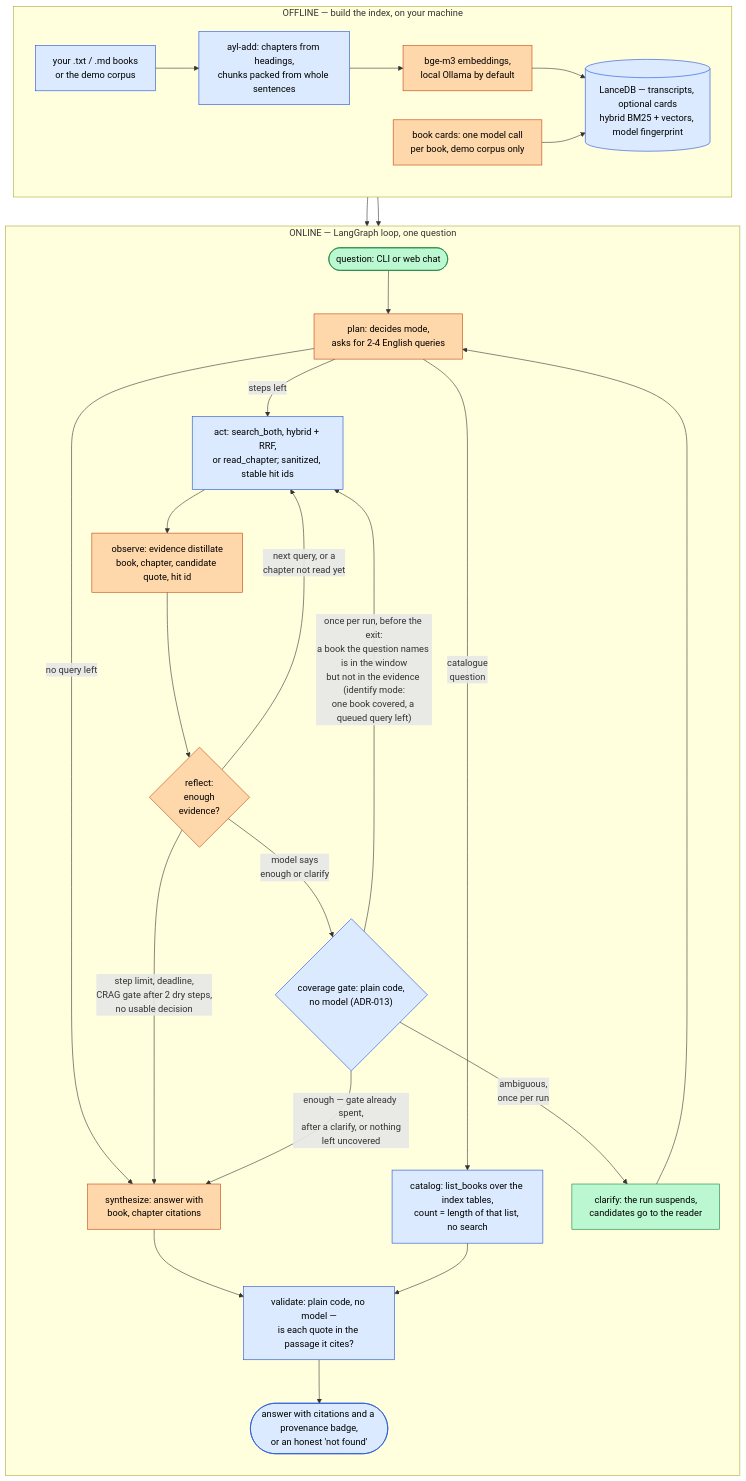
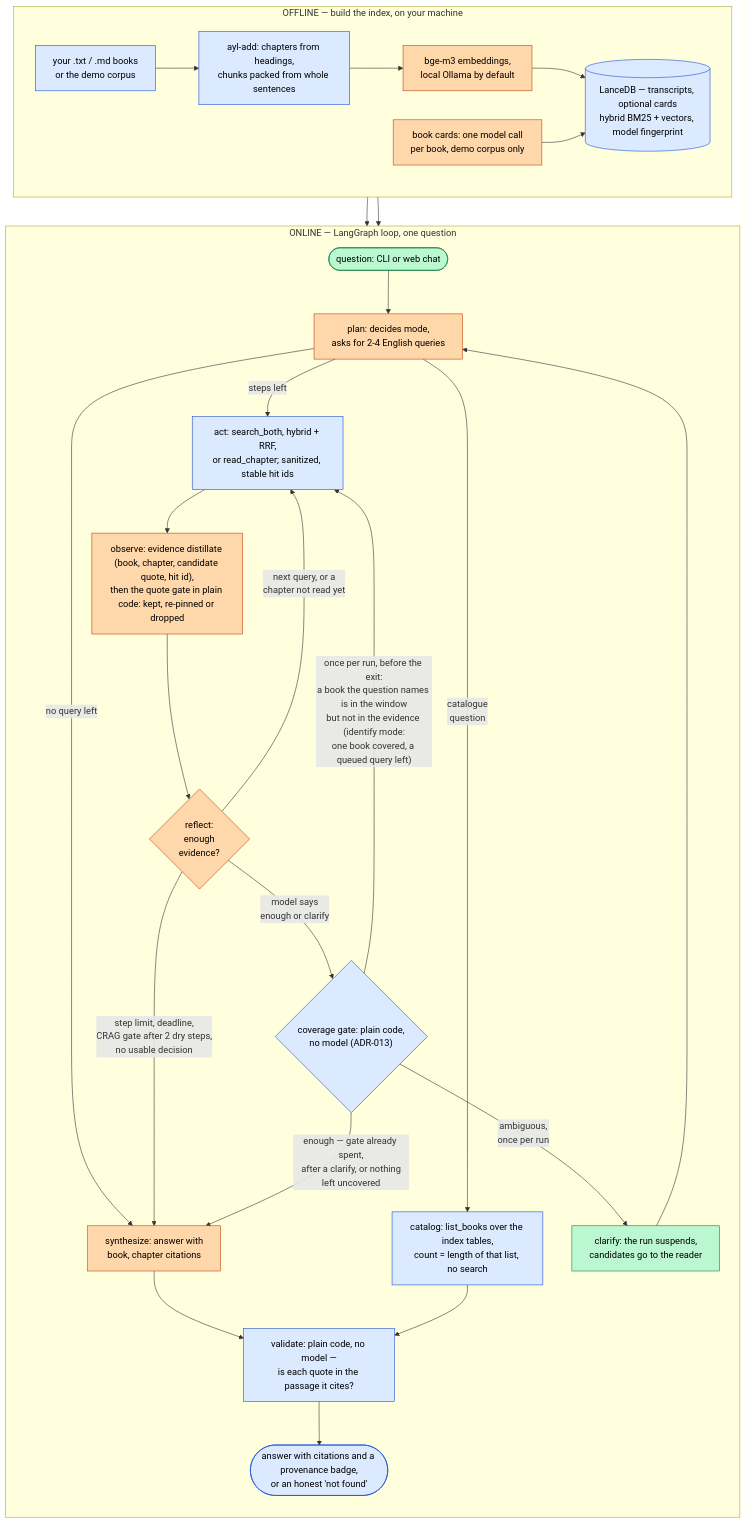
One commit to ievgen-borysenko/ask-your-library changed the first of 2 diagrams in docs/architecture.md. Above: the diagram before and after it, drawn with Mermaid. The commit also changed other lines of this file and 1 other file, not shown here.

````diff
--- a/docs/architecture.md
+++ b/docs/architecture.md
@@ -11,36 +11,36 @@
 ```mermaid
 flowchart TB
     subgraph offline["OFFLINE — build the index, on your machine"]
         direction LR
         BK["your .txt / .md books<br/>or the demo corpus"]:::code
         CRD["book cards: one model call<br/>per book, demo corpus only"]:::ai
         BK --> CHK["ayl-add: chapters from headings,<br/>chunks packed from whole sentences"]:::code
         CHK --> EMB["bge-m3 embeddings,<br/>local Ollama by default"]:::ai
         EMB --> DB[("LanceDB — transcripts, optional cards<br/>hybrid BM25 + vectors, model fingerprint")]:::code
         CRD --> DB
     end
     subgraph online["ONLINE — LangGraph loop, one question"]
         direction TB
         Q(["question: CLI or web chat"]):::human --> PLAN["plan: decides mode,<br/>asks for 2-4 English queries"]:::ai
         PLAN -->|"catalogue<br/>question"| CAT["catalog: list_books over the index tables,<br/>count = length of that list, no search"]:::code
         PLAN -->|"steps left"| ACT["act: search_both, hybrid + RRF,<br/>or read_chapter; sanitized, stable hit ids"]:::code
         PLAN -->|"no query left"| SYN
-        ACT --> OBS["observe: evidence distillate<br/>book, chapter, candidate quote, hit id"]:::ai
+        ACT --> OBS["observe: evidence distillate (book, chapter, candidate quote, hit id),<br/>then the quote gate in plain code: kept, re-pinned or dropped"]:::ai
         OBS --> REF{"reflect:<br/>enough<br/>evidence?"}:::ai
         REF -->|"next query, or a<br/>chapter not read yet"| ACT
         REF -->|"step limit, deadline,<br/>CRAG gate after 2 dry steps,<br/>no usable decision"| SYN["synthesize: answer with<br/>book, chapter citations"]:::ai
         REF -->|"model says<br/>enough or clarify"| COV{"coverage gate: plain code,<br/>no model (ADR-013)"}:::code
         COV -->|"once per run, before the exit:<br/>a book the question names is in the window<br/>but not in the evidence (identify mode:<br/>one book covered, a queued query left)"| ACT
         COV -->|"ambiguous,<br/>once per run"| CLR["clarify: the run suspends,<br/>candidates go to the reader"]:::human
         CLR --> PLAN
         COV -->|"enough — gate already spent,<br/>after a clarify, or nothing<br/>left uncovered"| SYN
         SYN --> VAL["validate: plain code, no model —<br/>is each quote in the passage it cites?"]:::code
         CAT --> VAL
         VAL --> OUT(["answer with citations and a provenance badge,<br/>or an honest 'not found'"]):::code
     end
     DB --> ACT
     DB --> CAT
     classDef code fill:#dbeafe,stroke:#1d4ed8,color:#000
     classDef ai fill:#fed7aa,stroke:#c2410c,color:#000
     classDef human fill:#bbf7d0,stroke:#15803d,color:#000
 ```
````
